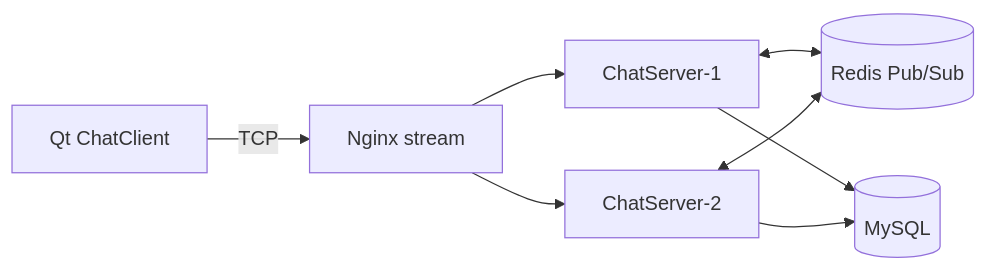
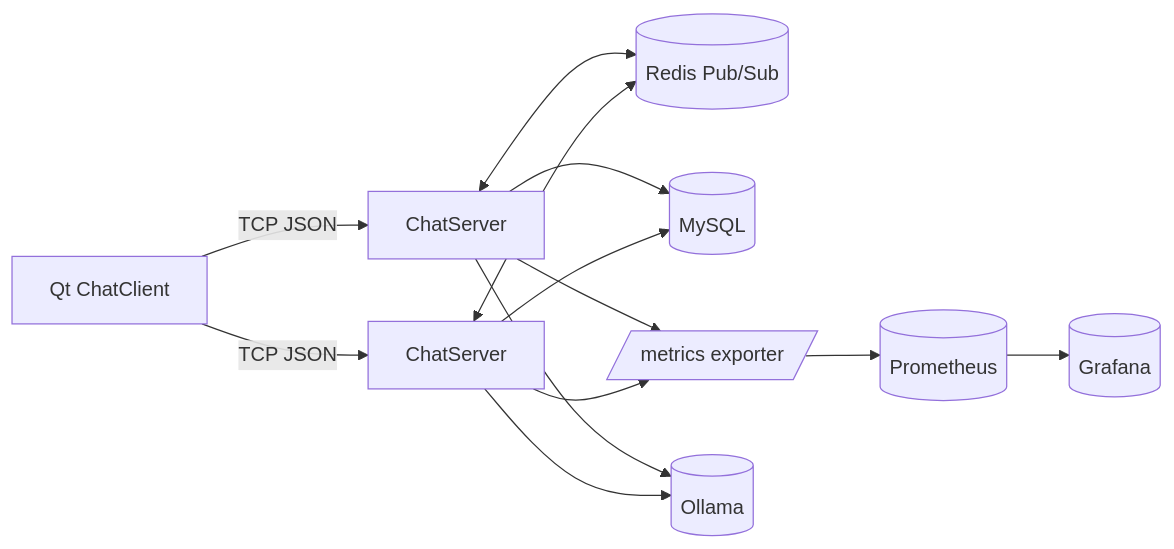
One commit to jingkaiyan/MyChatServer changed the diagram in README.md. Above: the diagram before and after it, drawn with Mermaid. The commit also changed other lines of this file and 241 other files, not shown here.

````diff
--- a/README.md
+++ b/README.md
@@ -54,10 +25,15 @@
 ```mermaid
 flowchart LR
-  UI[Qt ChatClient] -->|TCP| LB[Nginx stream]
-  LB --> S1[ChatServer-1]
-  LB --> S2[ChatServer-2]
+  C[Qt ChatClient] -->|TCP JSON| S1[ChatServer]
+  C -->|TCP JSON| S2[ChatServer]
   S1 <--> R[(Redis Pub/Sub)]
   S2 <--> R
   S1 --> DB[(MySQL)]
   S2 --> DB
+  S1 --> M[/metrics exporter/]
+  S2 --> M
+  M --> P[(Prometheus)]
+  P --> G[(Grafana)]
+  S1 --> A[(Ollama)]
+  S2 --> A
 ```
````
